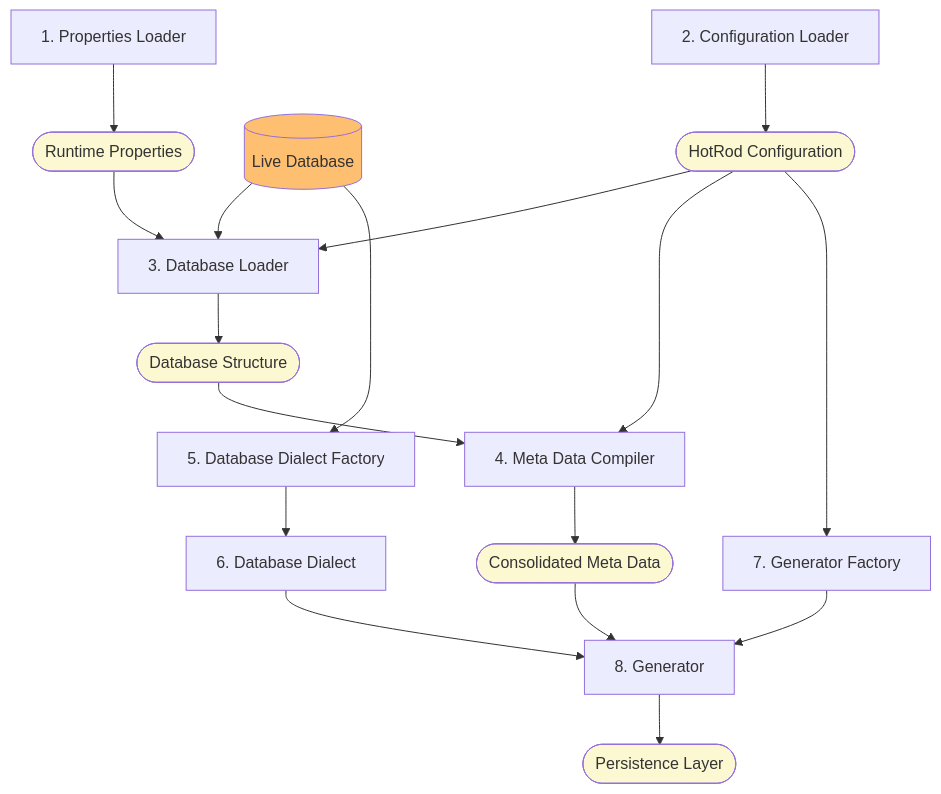
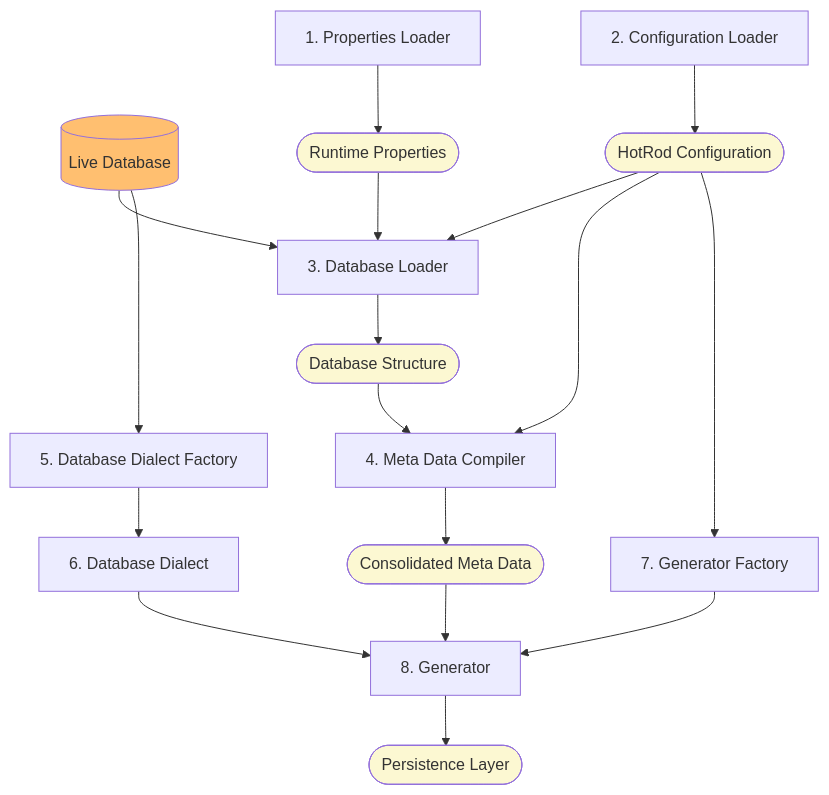
Before and after one commit to hotrodorm/hotrod: the diagram in hotrod-project/docs/architecture.md, drawn with Mermaid.

````diff
--- a/hotrod-project/docs/architecture.md
+++ b/hotrod-project/docs/architecture.md
@@ -17,32 +17,34 @@
 ```mermaid
 graph TD;
+
+G[(Live Database)];
 
 A[1. Properties Loader] --> B([Runtime Properties]);
 style B fill:#fcf8d2
 
 B --> F[3. Database Loader];
-G[(Live Database)] --> F;
+G --> F;
 style G fill:#ffbf70
 C[2. Configuration Loader] --> D([HotRod Configuration]);
 style D fill:#fcf8d2
 D --> F;
 F --> E([Database Structure]);
 style E fill:#fcf8d2
 
 G --> M;
 
 E --> H[4. Meta Data Compiler];
 D --> H;
 H --> I([Consolidated Meta Data]);
 style I fill:#fcf8d2
 
 D --> J[7. Generator Factory];
 J --> K[8. Generator];
 I --> K;
 K --> L([Persistence Layer]);
 style L fill:#fcf8d2
 
 M[5. Database Dialect Factory] --> N[6. Database Dialect];
 N --> K;
 
 ```
````
